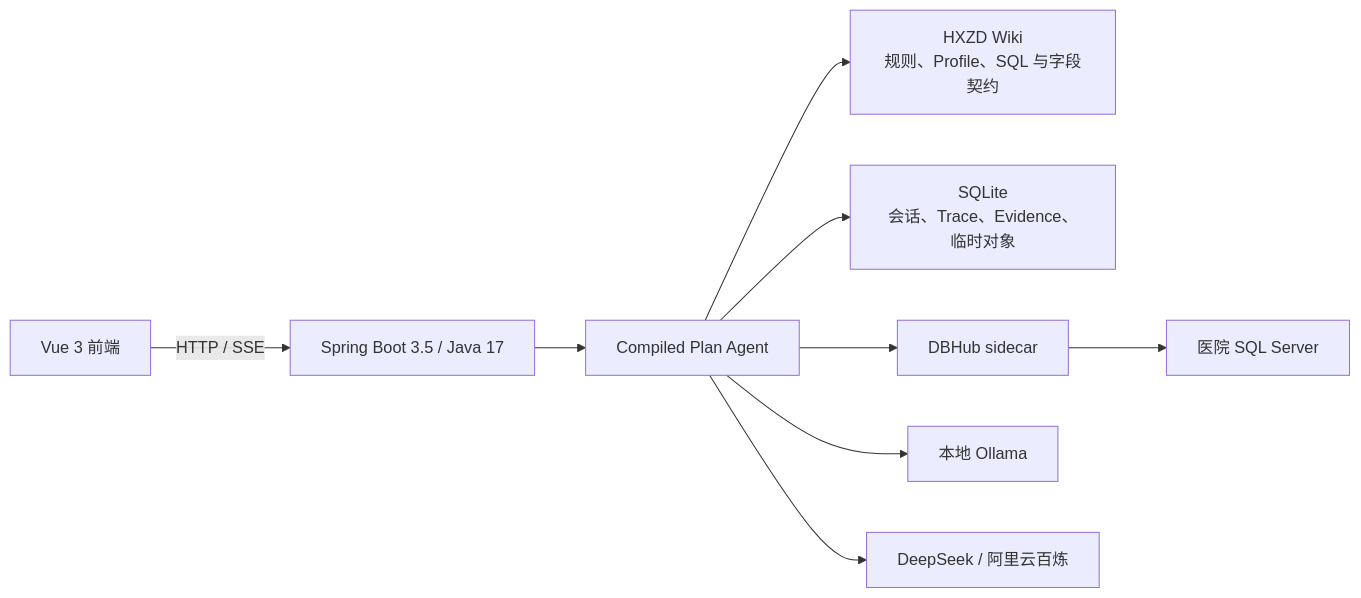
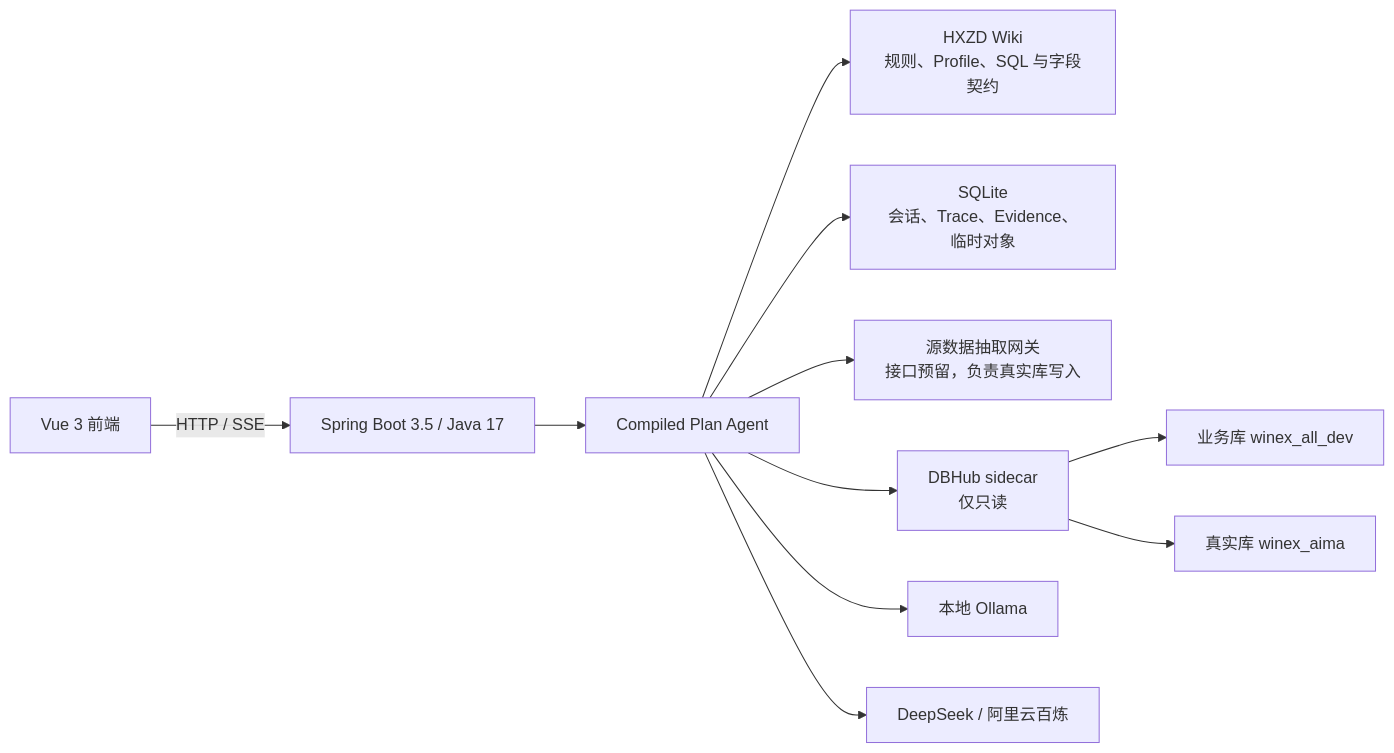
One commit to KK456701/wiki-project changed the first of 2 diagrams in docs/architecture/agent-runtime-current.md. Above: the diagram before and after it, drawn with Mermaid. The commit also changed other lines of this file and 56 other files, not shown here.

````diff
--- a/docs/architecture/agent-runtime-current.md
+++ b/docs/architecture/agent-runtime-current.md
@@ -7,11 +7,13 @@
 ```mermaid
 flowchart LR
     UI["Vue 3 前端"] -->|"HTTP / SSE"| API["Spring Boot 3.5 / Java 17"]
     API --> AGENT["Compiled Plan Agent"]
     AGENT --> WIKI["HXZD Wiki<br/>规则、Profile、SQL 与字段契约"]
     AGENT --> SQLITE["SQLite<br/>会话、Trace、Evidence、临时对象"]
-    AGENT --> DBHUB["DBHub sidecar"]
-    DBHUB --> SQLSERVER["医院 SQL Server"]
+    AGENT --> EXTRACT["源数据抽取网关<br/>接口预留，负责真实库写入"]
+    AGENT --> DBHUB["DBHub sidecar<br/>仅只读"]
+    DBHUB --> BUSINESS["业务库 winex_all_dev"]
+    DBHUB --> REAL["真实库 winex_aima"]
     AGENT --> OLLAMA["本地 Ollama"]
     AGENT --> ONLINE["DeepSeek / 阿里云百炼"]
 ```
````
